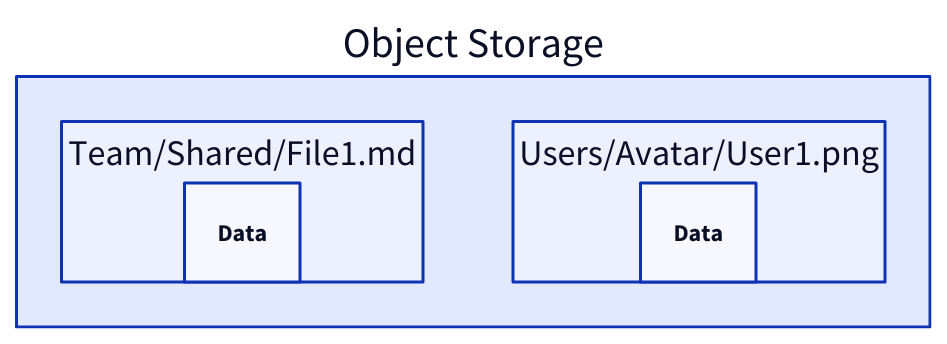
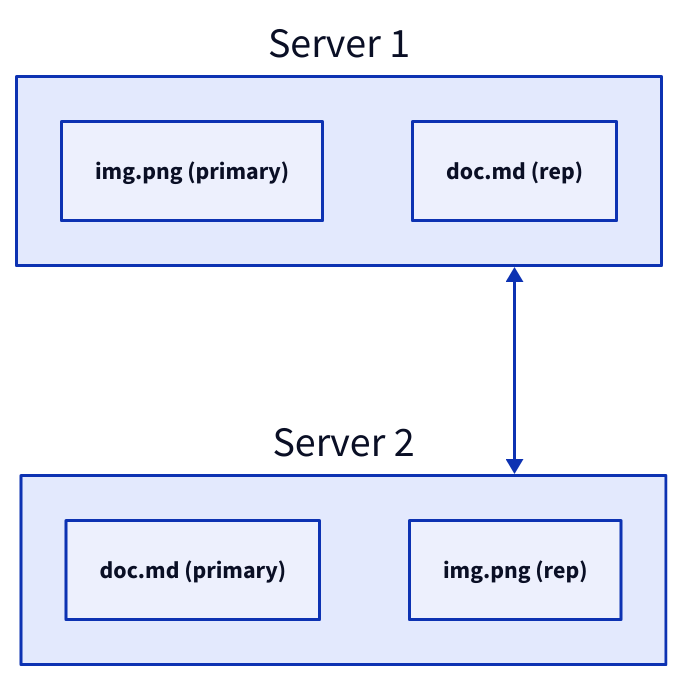
One commit to link1905/system-design-101 changed the third of 19 diagrams in content/docs/data-persistence/media-storage.md. Above: the diagram before and after it, drawn with D2. The commit also changed other lines of this file and 8 other files, not shown here.

````diff
--- a/content/docs/data-persistence/media-storage.md
+++ b/content/docs/data-persistence/media-storage.md
@@ -68,14 +90,19 @@
 ```d2
-Object Storage {
-    o1: "Team/Shared/File1.md" {
-        grid-gap: 0
-        grid-columns: 1
-        Data
-    }
-    o3: "Users/Avatar/User1.png" {
-        grid-gap: 0
-        grid-columns: 1
-        Data
-    }
+s1: Server 1 {
+  "img.png (primary)" {
+    class: file
+  }
+  "doc.md (rep)" {
+    class: file
+  }
 }
+s2: Server 2 {
+  "doc.md (primary)" {
+    class: file
+  }
+  "img.png (rep)" {
+    class: file
+  }
+}
+s1 <-> s2
 ```
````
